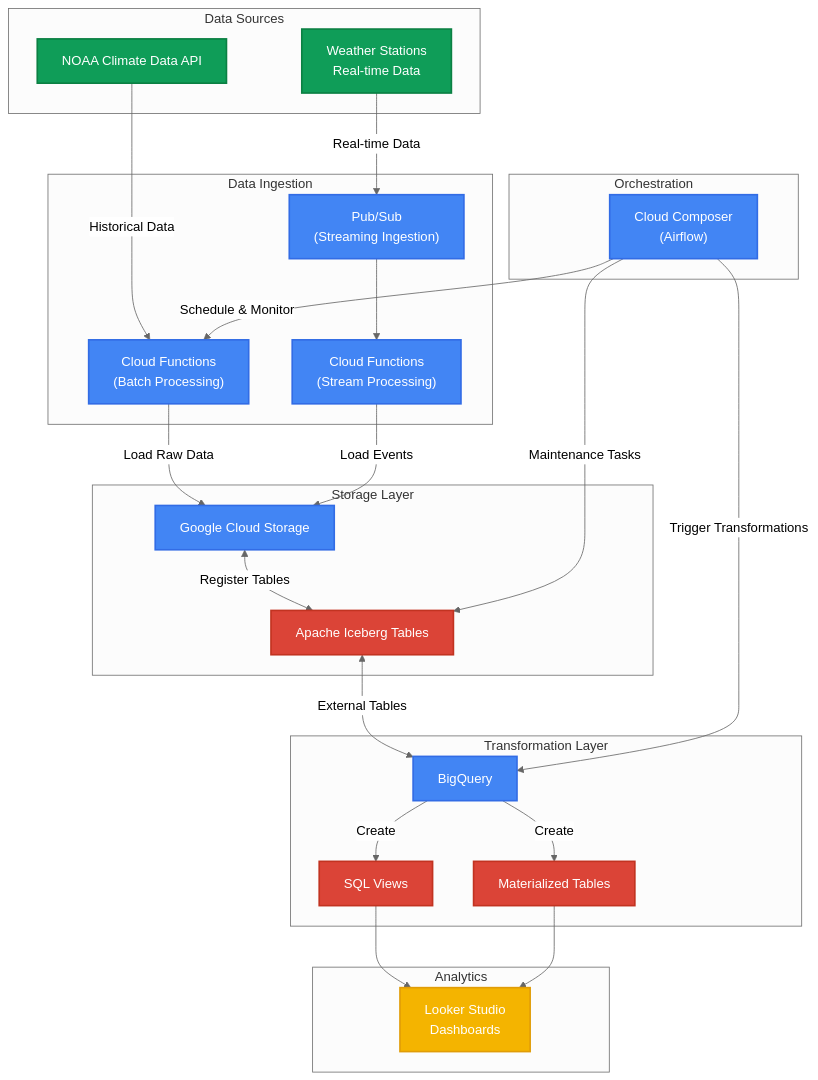
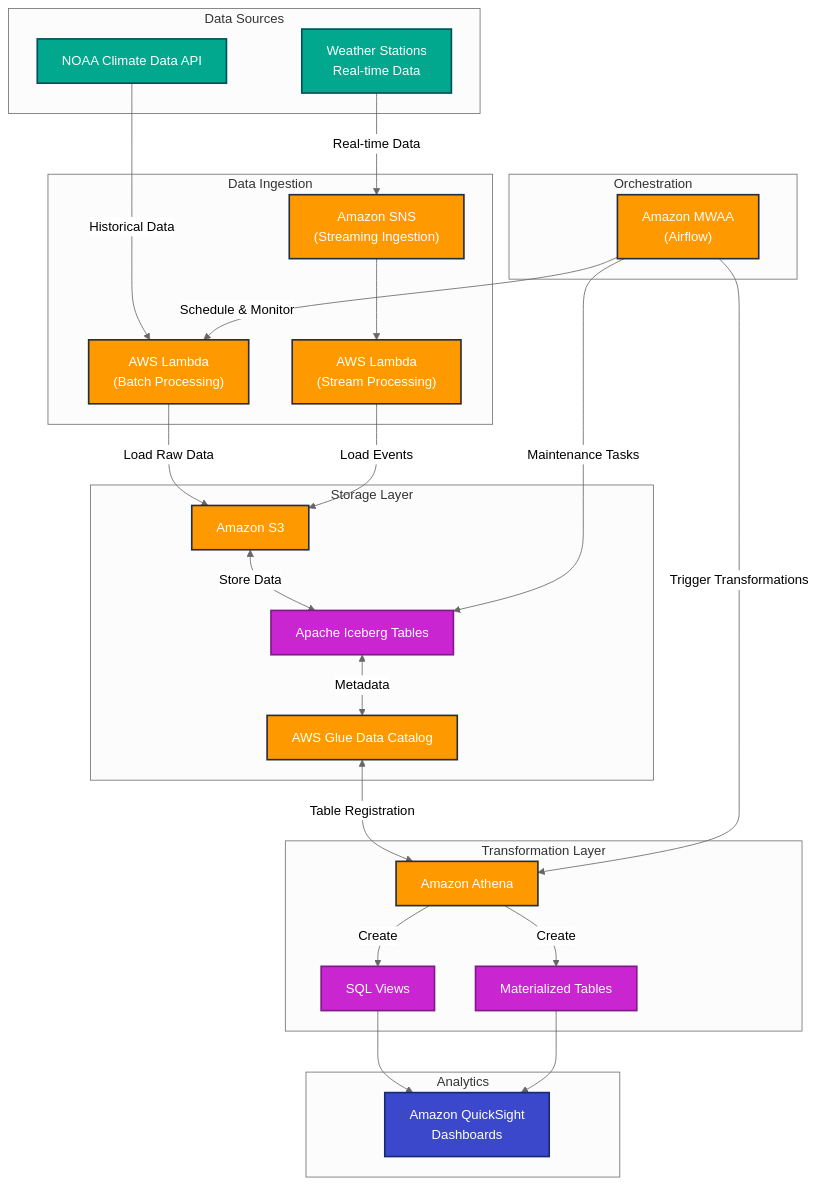
One commit to wayneweicheng/de_elt_datalake_iceberg changed the third of 3 diagrams in PRD.md. Above: the diagram before and after it, drawn with Mermaid (neutral theme). The commit also changed other lines of this file and 10 other files, not shown here.

Commit message:
Use AWS Glue as iceberg catalog

````diff
--- a/PRD.md
+++ b/PRD.md
@@ -1294,61 +1445,63 @@
 ```mermaid
 flowchart TD
     subgraph Sources["Data Sources"]
         NOAA["NOAA Climate Data API"] 
         STREAM["Weather Stations\nReal-time Data"] 
     end
 
     subgraph Ingestion["Data Ingestion"]
-        CF["Cloud Functions\n(Batch Processing)"] 
-        PS["Pub/Sub\n(Streaming Ingestion)"] 
-        SCF["Cloud Functions\n(Stream Processing)"] 
+        LAMBDA["AWS Lambda\n(Batch Processing)"] 
+        SNS["Amazon SNS\n(Streaming Ingestion)"] 
+        SLAMBDA["AWS Lambda\n(Stream Processing)"] 
     end
 
     subgraph Storage["Storage Layer"]
-        GCS["Google Cloud Storage"]
+        S3["Amazon S3"]
         ICEBERG["Apache Iceberg Tables"]
+        GLUE["AWS Glue Data Catalog"]
     end
 
     subgraph Transform["Transformation Layer"]
-        BQ["BigQuery"]
+        ATHENA["Amazon Athena"]
         VIEWS["SQL Views"]
         MAT["Materialized Tables"]
     end
 
     subgraph Orchestration
-        AIRFLOW["Cloud Composer\n(Airflow)"] 
+        MWAA["Amazon MWAA\n(Airflow)"] 
     end
 
     subgraph Analytics
-        LOOKER["Looker Studio\nDashboards"]
+        QS["Amazon QuickSight\nDashboards"]
     end
 
     %% Data flow connections
-    NOAA -->|Historical Data| CF
-    STREAM -->|Real-time Data| PS
-    PS --> SCF
-    CF -->|Load Raw Data| GCS
-    SCF -->|Load Events| GCS
-    GCS <-->|Register Tables| ICEBERG
-    ICEBERG <-->|External Tables| BQ
-    BQ -->|Create| VIEWS
-    BQ -->|Create| MAT
-    VIEWS --> LOOKER
-    MAT --> LOOKER
+    NOAA -->|Historical Data| LAMBDA
+    STREAM -->|Real-time Data| SNS
+    SNS --> SLAMBDA
+    LAMBDA -->|Load Raw Data| S3
+    SLAMBDA -->|Load Events| S3
+    S3 <-->|Store Data| ICEBERG
+    ICEBERG <-->|Metadata| GLUE
+    GLUE <-->|Table Registration| ATHENA
+    ATHENA -->|Create| VIEWS
+    ATHENA -->|Create| MAT
+    VIEWS --> QS
+    MAT --> QS
     
     %% Orchestration connections
-    AIRFLOW -->|Schedule & Monitor| CF
-    AIRFLOW -->|Trigger Transformations| BQ
-    AIRFLOW -->|Maintenance Tasks| ICEBERG
+    MWAA -->|Schedule & Monitor| LAMBDA
+    MWAA -->|Trigger Transformations| ATHENA
+    MWAA -->|Maintenance Tasks| ICEBERG
 
     %% Styling
-    classDef gcp fill:#4285F4,stroke:#326CE5,stroke-width:2px,color:white;
-    classDef data fill:#0F9D58,stroke:#0B8043,stroke-width:2px,color:white;
-    classDef process fill:#DB4437,stroke:#C23321,stroke-width:2px,color:white;
-    classDef analytics fill:#F4B400,stroke:#E09C07,stroke-width:2px,color:white;
+    classDef aws fill:#FF9900,stroke:#232F3E,stroke-width:2px,color:white;
+    classDef data fill:#01A88D,stroke:#025159,stroke-width:2px,color:white;
+    classDef process fill:#C925D1,stroke:#7D1C87,stroke-width:2px,color:white;
+    classDef analytics fill:#3B48CC,stroke:#152A74,stroke-width:2px,color:white;
     
     class NOAA,STREAM data;
-    class GCS,BQ,PS,CF,SCF,AIRFLOW gcp;
+    class S3,ATHENA,SNS,LAMBDA,SLAMBDA,MWAA,GLUE aws;
     class ICEBERG,VIEWS,MAT process;
-    class LOOKER analytics;
+    class QS analytics;
 ```
````
